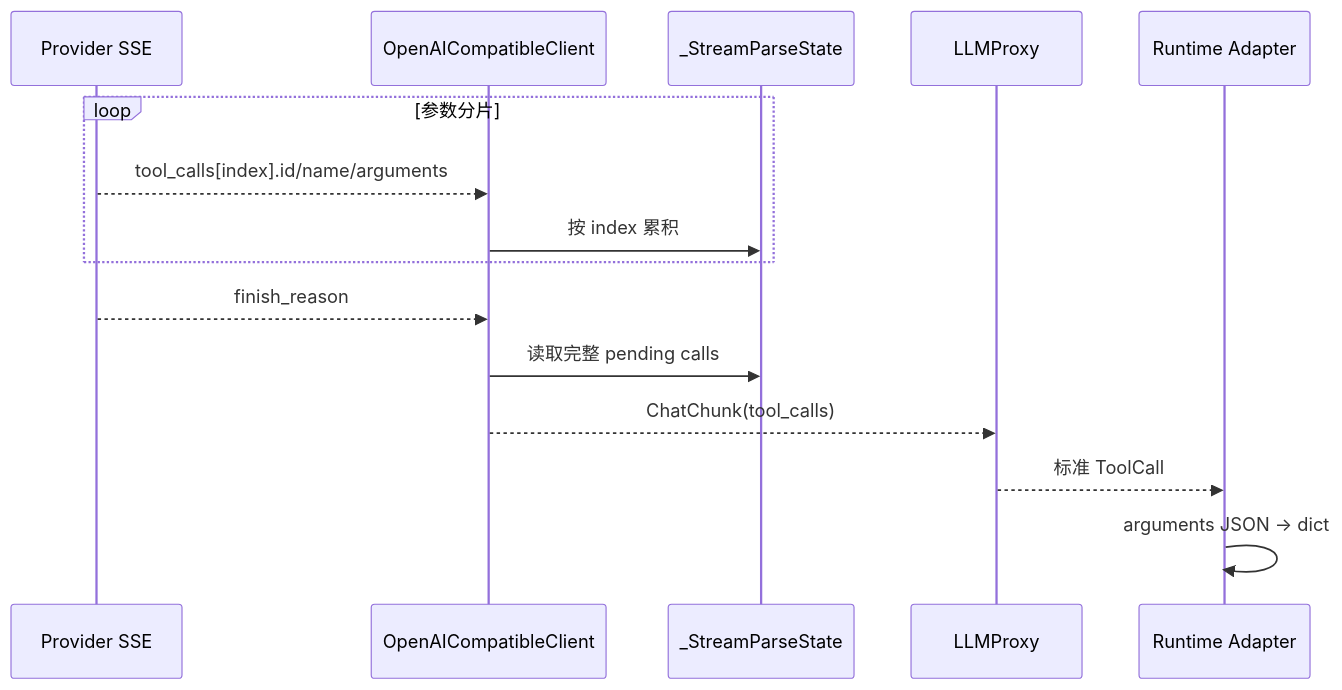
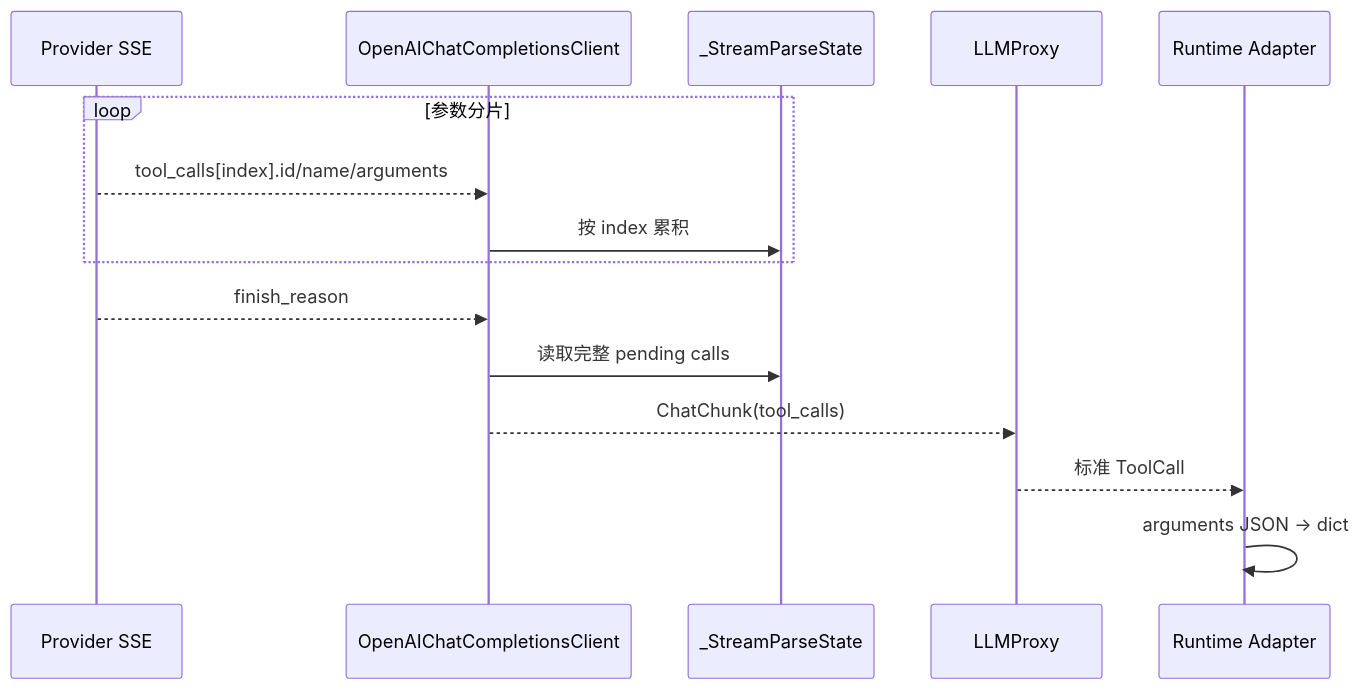
Before and after one commit to aandbcct/dotClaw: diagram 14 of 20 in docs/wiki/LLM 模块总体说明.md, drawn with Mermaid. The commit also changed other lines of this file and 15 other files, not shown here.

````diff
--- a/docs/wiki/LLM 模块总体说明.md
+++ b/docs/wiki/LLM 模块总体说明.md
@@ -1530,18 +1511,18 @@
 ```mermaid
 sequenceDiagram
     participant SDK as Provider SSE
-    participant Client as OpenAICompatibleClient
+    participant Client as OpenAIChatCompletionsClient
     participant State as _StreamParseState
     participant Proxy as LLMProxy
     participant Adapter as Runtime Adapter
 
     loop 参数分片
         SDK-->>Client: tool_calls[index].id/name/arguments
         Client->>State: 按 index 累积
     end
     SDK-->>Client: finish_reason
     Client->>State: 读取完整 pending calls
     Client-->>Proxy: ChatChunk(tool_calls)
     Proxy-->>Adapter: 标准 ToolCall
     Adapter->>Adapter: arguments JSON → dict
 ```
````
